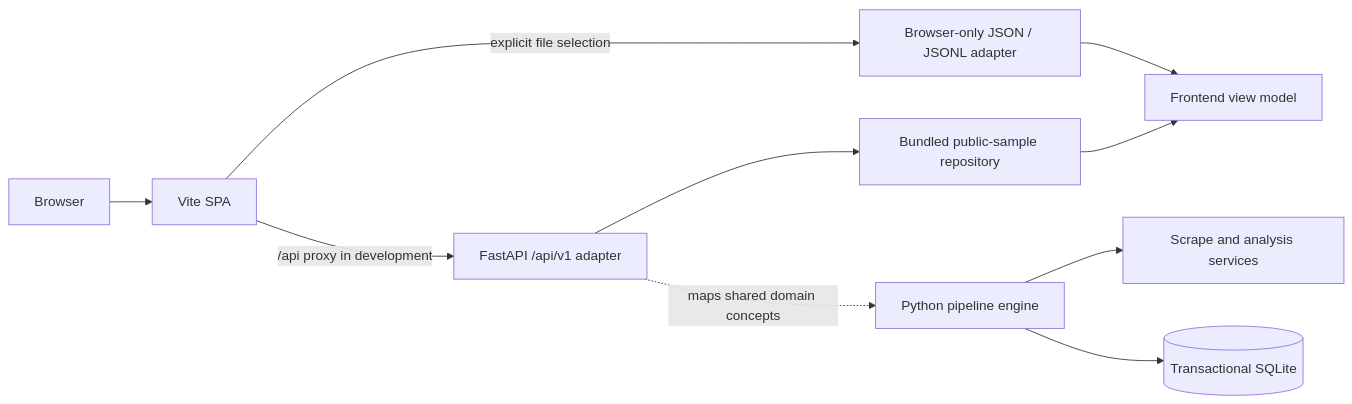
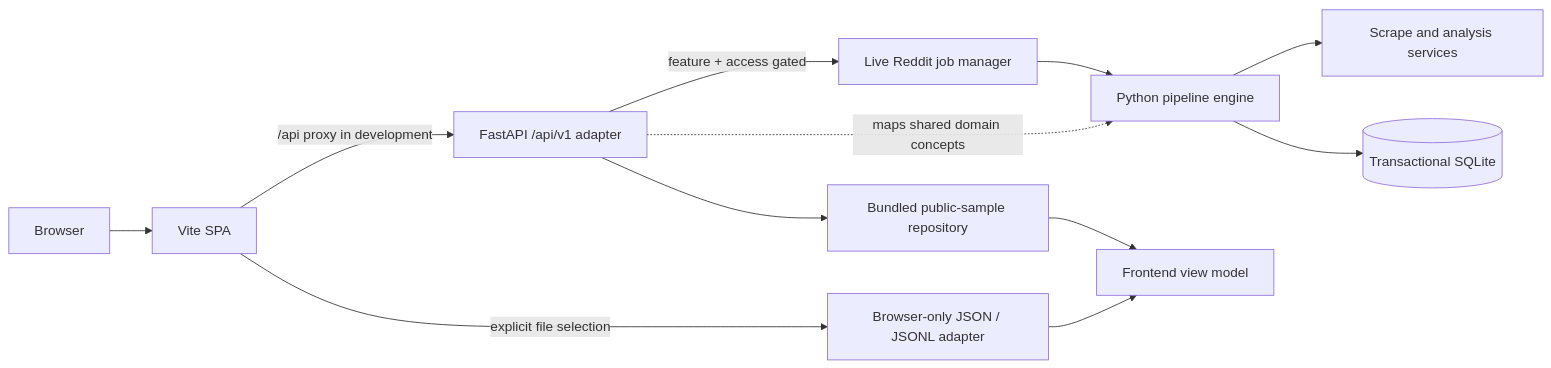
One commit to Mohemed-Amine-Chalhy/reddit_minerals_scraper- changed the diagram in docs/web-app.md. Above: the diagram before and after it, drawn with Mermaid. The commit also changed other lines of this file and 14 other files, not shown here.

First line of the commit message:
docs: document live Reddit setup and operations

````diff
--- a/docs/web-app.md
+++ b/docs/web-app.md
@@ -28,12 +28,14 @@
 ```mermaid
 flowchart LR
     BROWSER["Browser"] --> SPA["Vite SPA"]
     SPA -->|"/api proxy in development"| API["FastAPI /api/v1 adapter"]
     API --> WEBREPO["Bundled public-sample repository"]
     API -. "maps shared domain concepts" .-> ENGINE["Python pipeline engine"]
+    API -->|"feature + access gated"| JOBS["Live Reddit job manager"]
+    JOBS --> ENGINE
     ENGINE --> SERVICES["Scrape and analysis services"]
     ENGINE --> STORE[("Transactional SQLite")]
     SPA -->|"explicit file selection"| IMPORT["Browser-only JSON / JSONL adapter"]
     IMPORT --> VIEWMODEL["Frontend view model"]
     WEBREPO --> VIEWMODEL
 ```
````
